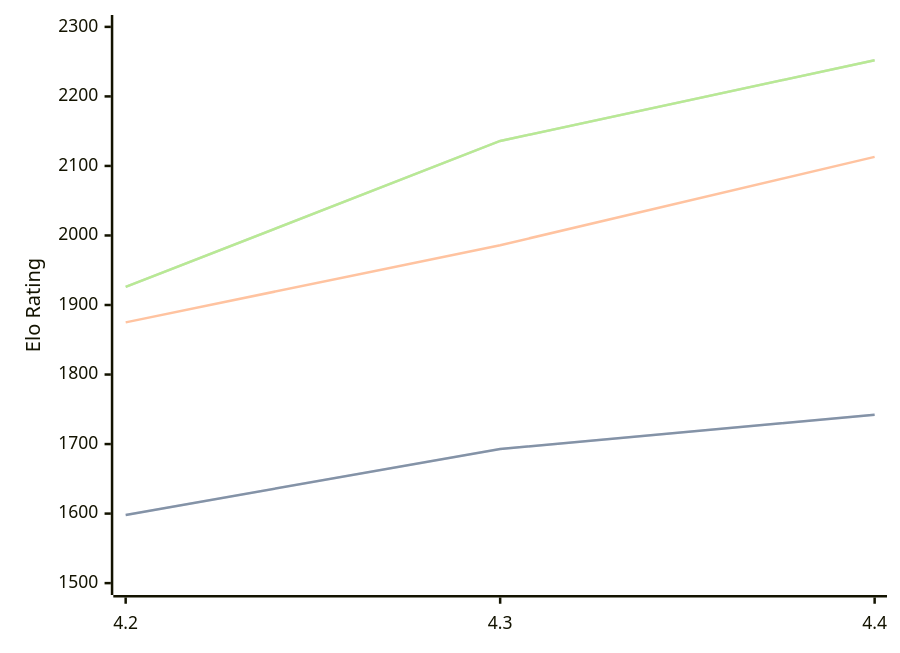
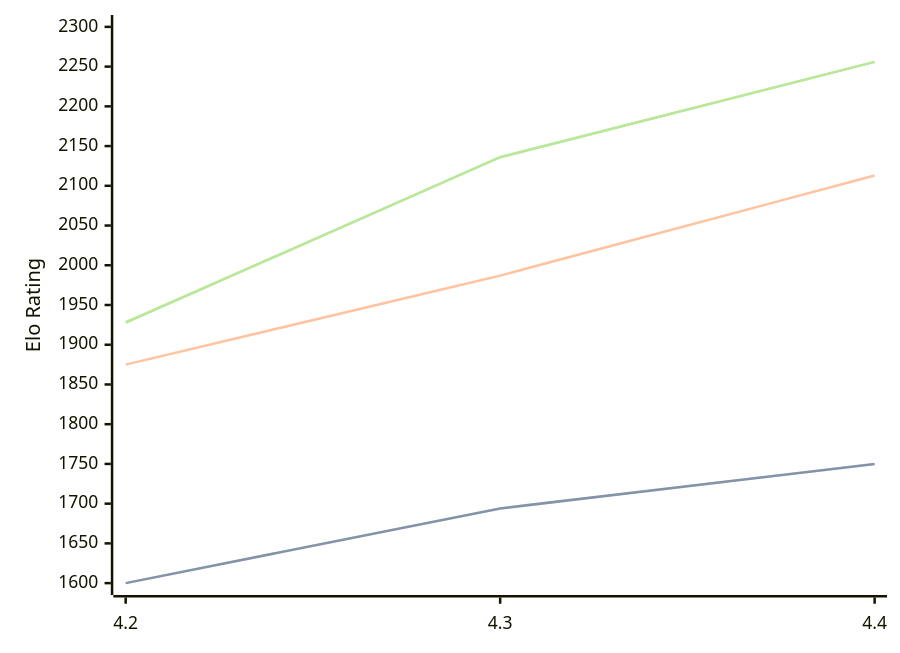
The diagram in engines/Radiance.md (computer-chess-index/cci), drawn with Mermaid before and after one commit. The commit also changed other lines of this file, not shown here.

Commit message:
Update CCI Ratings (ELO VLTC) - 2026-05-01

````diff
--- a/engines/Radiance.md
+++ b/engines/Radiance.md
@@ -36,11 +36,11 @@
 ```mermaid
 %%{init: {"theme":"base","themeVariables":{"seriesColors:['#a3a3a3','#222221','#faa371']}}}%%
 xychart-beta
   x-axis ["4.2", "4.3", "4.4"]
-  y-axis "Elo Rating" 1500 --> 2300
-  line "STC (8.0+0.08s)" [1598, 1693, 1742]
-  line "STC (8.0+0.08s)" [1598, 1693, 1742]
-  line "LTC (60.0+0.60s)" [1875, 1986, 2113]
-  line "VLTC (2m24s+1.12s)" [1926, 2136, 2252]
-  line "VLTC (2m24s+1.12s)" [1926, 2136, 2252]
+  y-axis "Elo Rating" 1600 --> 2300
+  line "STC (8.0+0.08s)" [1600, 1694, 1750]
+  line "STC (8.0+0.08s)" [1600, 1694, 1750]
+  line "LTC (60.0+0.60s)" [1875, 1987, 2113]
+  line "VLTC (2m24s+1.12s)" [1928, 2136, 2256]
+  line "VLTC (2m24s+1.12s)" [1928, 2136, 2256]
 ```
````
